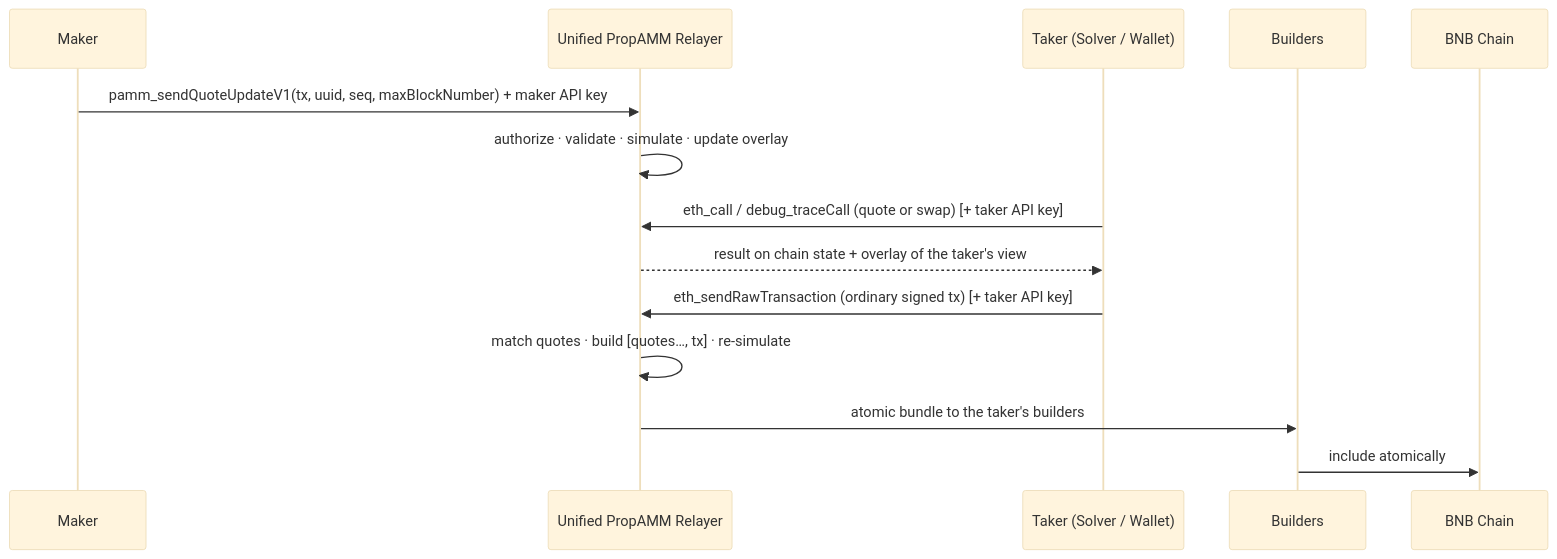
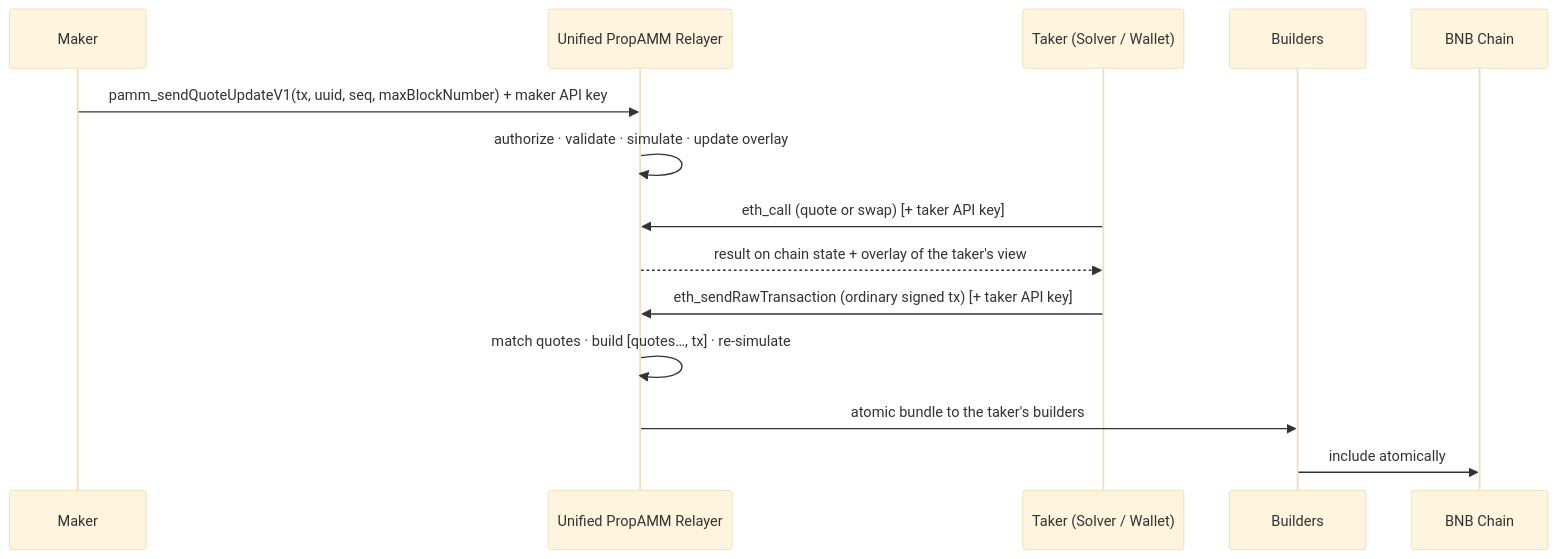
One commit to bnb-chain/BEPs changed the second of 2 diagrams in BAPs/BAP-710.md. Above: the diagram before and after it, drawn with Mermaid (base theme). The commit also changed other lines of this file and 1 other file, not shown here.

Commit message:
docs: remove debug_traceCall references and list BAP-710 (#721)

````diff
--- a/BAPs/BAP-710.md
+++ b/BAPs/BAP-710.md
@@ -138,17 +138,17 @@
 ```mermaid
 sequenceDiagram
     participant M as Maker
     participant R as Unified PropAMM Relayer
     participant T as Taker (Solver / Wallet)
     participant B as Builders
     participant C as BNB Chain
 
     M->>R: pamm_sendQuoteUpdateV1(tx, uuid, seq, maxBlockNumber) + maker API key
     R->>R: authorize · validate · simulate · update overlay
-    T->>R: eth_call / debug_traceCall (quote or swap) [+ taker API key]
+    T->>R: eth_call (quote or swap) [+ taker API key]
     R-->>T: result on chain state + overlay of the taker's view
     T->>R: eth_sendRawTransaction (ordinary signed tx) [+ taker API key]
     R->>R: match quotes · build [quotes…, tx] · re-simulate
     R->>B: atomic bundle to the taker's builders
     B->>C: include atomically
 ```
````
